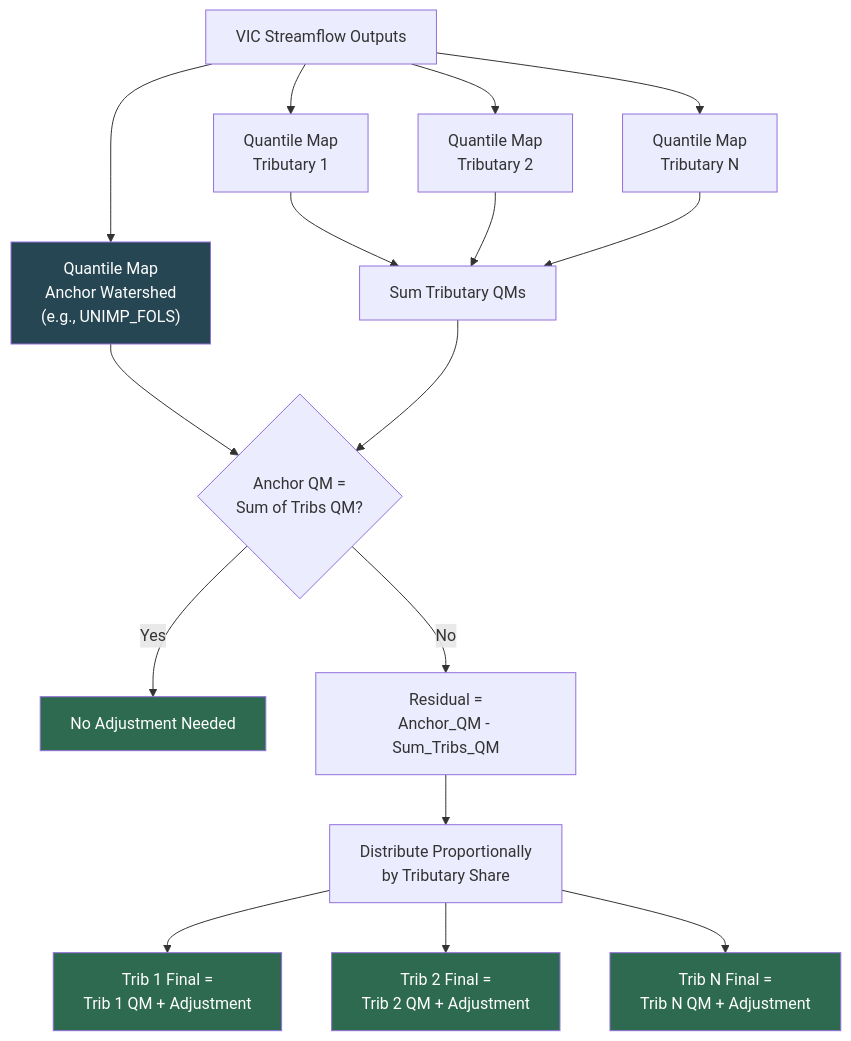
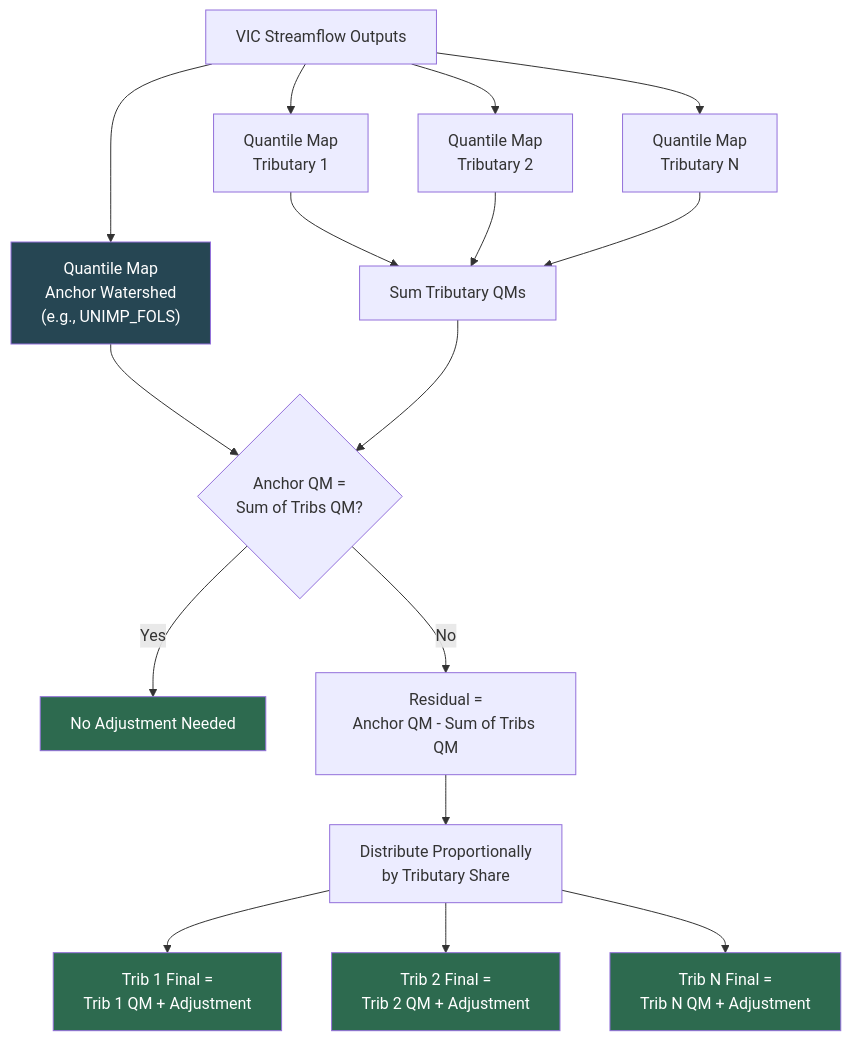
The diagram in docs/source/input-generation/mod-hydrology-rim-inflow.md (CentralValleyModeling/calsim3-stochastic-input-generation), drawn with Mermaid before and after one commit.

Commit message:
diagram minor edit

````diff
--- a/docs/source/input-generation/mod-hydrology-rim-inflow.md
+++ b/docs/source/input-generation/mod-hydrology-rim-inflow.md
@@ -49,26 +49,26 @@
 ```{mermaid}
 flowchart TD
     VIC["VIC Streamflow Outputs"] --> QM_ANC["Quantile Map<br/>Anchor Watershed<br/>(e.g., UNIMP_FOLS)"]
     VIC --> QM_T1["Quantile Map<br/>Tributary 1"]
     VIC --> QM_T2["Quantile Map<br/>Tributary 2"]
     VIC --> QM_TN["Quantile Map<br/>Tributary N"]
 
     QM_ANC --> COMPARE{"Anchor QM =<br/>Sum of Tribs QM?"}
     QM_T1 --> SUM["Sum Tributary QMs"]
     QM_T2 --> SUM
     QM_TN --> SUM
     SUM --> COMPARE
 
     COMPARE -->|Yes| DONE["No Adjustment Needed"]
-    COMPARE -->|No| RESIDUAL["Residual =<br/>Anchor_QM - Sum_Tribs_QM"]
+    COMPARE -->|No| RESIDUAL["Residual =<br/>Anchor QM - Sum of Tribs QM"]
     RESIDUAL --> DIST["Distribute Proportionally<br/>by Tributary Share"]
     DIST --> ADJ1["Trib 1 Final =<br/>Trib 1 QM + Adjustment"]
     DIST --> ADJ2["Trib 2 Final =<br/>Trib 2 QM + Adjustment"]
     DIST --> ADJN["Trib N Final =<br/>Trib N QM + Adjustment"]
 
     style QM_ANC fill:#264653,color:#fff
     style DONE fill:#2d6a4f,color:#fff
     style ADJ1 fill:#2d6a4f,color:#fff
     style ADJ2 fill:#2d6a4f,color:#fff
     style ADJN fill:#2d6a4f,color:#fff
 ```
````
